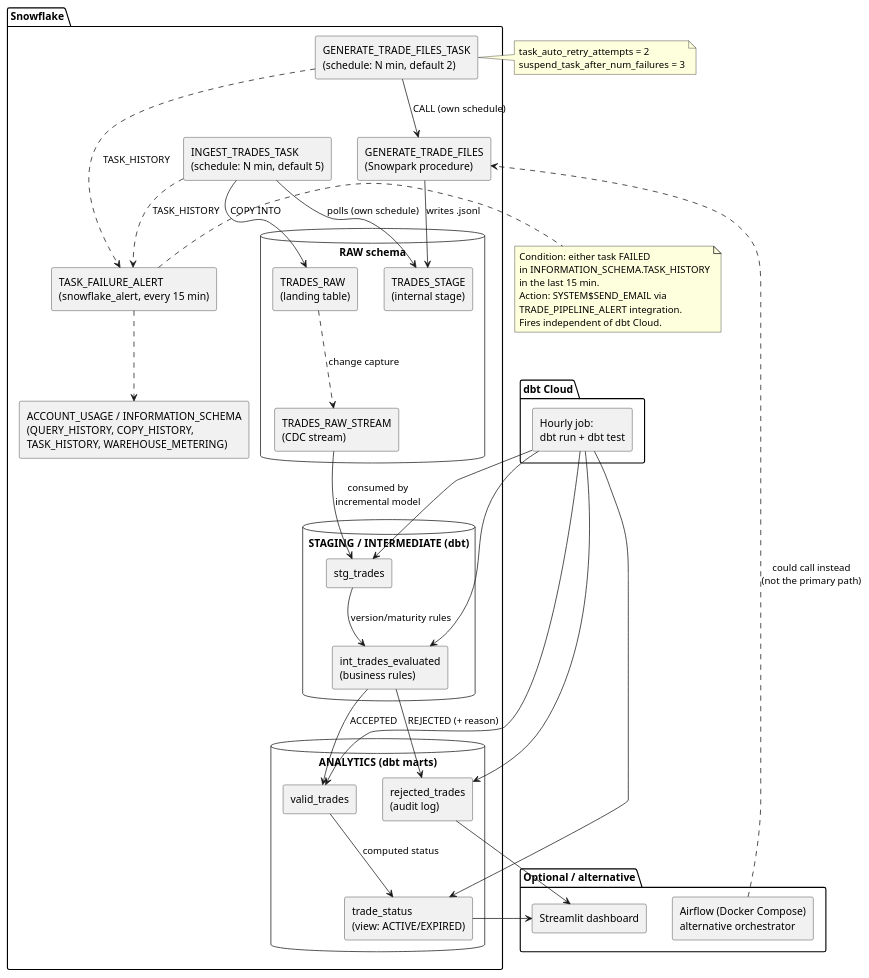
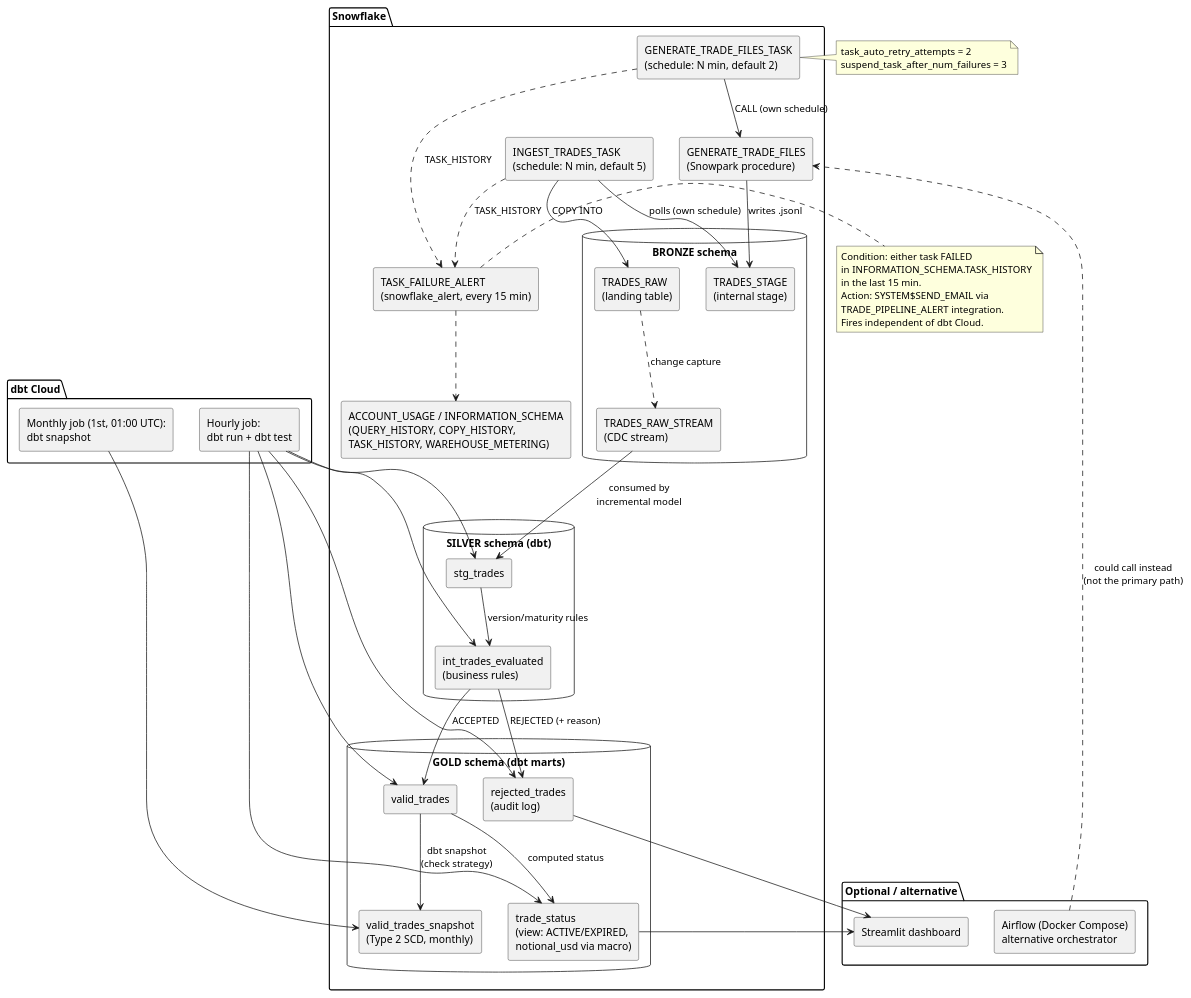
The diagram in docs/architecture.puml (praveen152354/Trade_Analytics), drawn with PlantUML before and after one commit. The commit also changed 26 other files, not shown here.

First line of the commit message:
Restructure to medallion architecture (BRONZE/SILVER/GOLD), add currency-conversion macro and Type 2 SCD snapshot

```diff
--- a/docs/architecture.puml
+++ b/docs/architecture.puml
@@ -1,79 +1,83 @@
 @startuml architecture
 skinparam componentStyle rectangle
 skinparam backgroundColor white
 
 package "Snowflake" {
   component "GENERATE_TRADE_FILES\n(Snowpark procedure)" as PROC
   component "GENERATE_TRADE_FILES_TASK\n(schedule: N min, default 2)" as GENTASK
   component "INGEST_TRADES_TASK\n(schedule: N min, default 5)" as INGESTTASK
 
-  database "RAW schema" {
+  database "BRONZE schema" {
     [TRADES_STAGE\n(internal stage)] as STAGE
     [TRADES_RAW\n(landing table)] as RAWTBL
     [TRADES_RAW_STREAM\n(CDC stream)] as STREAM
   }
 
-  database "STAGING / INTERMEDIATE (dbt)" {
+  database "SILVER schema (dbt)" {
     [stg_trades] as STG
     [int_trades_evaluated\n(business rules)] as EVAL
   }
 
-  database "ANALYTICS (dbt marts)" {
+  database "GOLD schema (dbt marts)" {
     [valid_trades] as VALID
     [rejected_trades\n(audit log)] as REJ
-    [trade_status\n(view: ACTIVE/EXPIRED)] as STATUS
+    [trade_status\n(view: ACTIVE/EXPIRED,\nnotional_usd via macro)] as STATUS
+    [valid_trades_snapshot\n(Type 2 SCD, monthly)] as SNAP
   }
 
   [TASK_FAILURE_ALERT\n(snowflake_alert, every 15 min)] as ALERT
   [ACCOUNT_USAGE / INFORMATION_SCHEMA\n(QUERY_HISTORY, COPY_HISTORY,\nTASK_HISTORY, WAREHOUSE_METERING)] as ADMIN
 }
 
 package "dbt Cloud" {
   [Hourly job:\ndbt run + dbt test] as DBT
+  [Monthly job (1st, 01:00 UTC):\ndbt snapshot] as DBTSNAP
 }
 
 package "Optional / alternative" {
   [Streamlit dashboard] as DASH
   [Airflow (Docker Compose)\nalternative orchestrator] as AF
 }
 
 GENTASK --> PROC : CALL (own schedule)
 PROC --> STAGE : writes .jsonl
 INGESTTASK --> STAGE : polls (own schedule)
 INGESTTASK --> RAWTBL : COPY INTO
 RAWTBL ..> STREAM : change capture
 STREAM --> STG : consumed by\nincremental model
 STG --> EVAL : version/maturity rules
 EVAL --> VALID : ACCEPTED
 EVAL --> REJ : REJECTED (+ reason)
 VALID --> STATUS : computed status
+VALID --> SNAP : dbt snapshot\n(check strategy)
 DBT --> STG
 DBT --> EVAL
 DBT --> VALID
 DBT --> REJ
 DBT --> STATUS
+DBTSNAP --> SNAP
 
 STATUS --> DASH
 REJ --> DASH
 
 GENTASK ..> ALERT : TASK_HISTORY
 INGESTTASK ..> ALERT : TASK_HISTORY
 ALERT ..> ADMIN
 
 AF ..> PROC : could call instead\n(not the primary path)
 
 note right of ALERT
   Condition: either task FAILED
   in INFORMATION_SCHEMA.TASK_HISTORY
   in the last 15 min.
   Action: SYSTEM$SEND_EMAIL via
   TRADE_PIPELINE_ALERT integration.
   Fires independent of dbt Cloud.
 end note
 
 note right of GENTASK
   task_auto_retry_attempts = 2
   suspend_task_after_num_failures = 3
 end note
 
 @enduml
```
